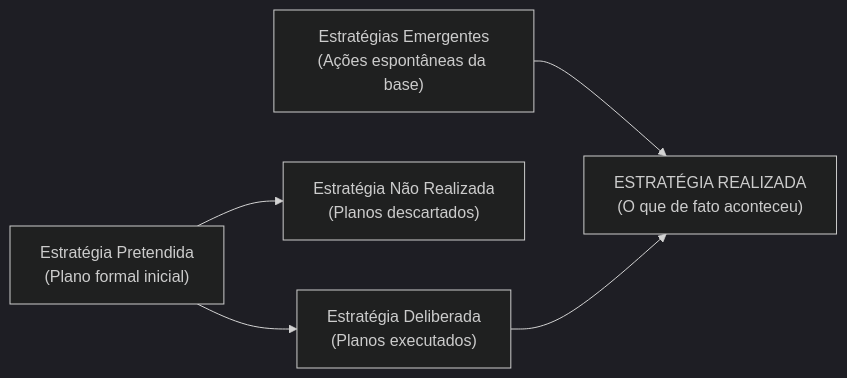
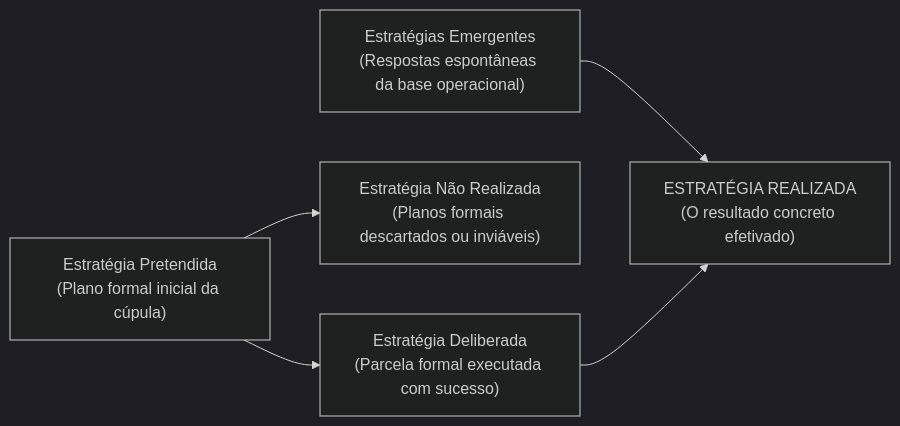
The third of 4 diagrams in fontes_de_estudo/conhecimentos_especificos_a01_tecnico_administrativo/23_administracao_estrategica/01_planejamento_estrategico_missao_visao_valores_e_escolas.md (thiagosantos346/TCE-GO-2027), drawn with Mermaid (dark theme) before and after one commit. The commit also changed other lines of this file and 119 other files, not shown here.

````diff
--- a/fontes_de_estudo/conhecimentos_especificos_a01_tecnico_administrativo/23_administracao_estrategica/01_planejamento_estrategico_missao_visao_valores_e_escolas.md
+++ b/fontes_de_estudo/conhecimentos_especificos_a01_tecnico_administrativo/23_administracao_estrategica/01_planejamento_estrategico_missao_visao_valores_e_escolas.md
@@ -110,8 +104,8 @@
 ```mermaid
 flowchart LR
-    EP["Estratégia Pretendida<br/>(Plano formal inicial)"] --> ED["Estratégia Deliberada<br/>(Planos executados)"]
-    EP --> ENR["Estratégia Não Realizada<br/>(Planos descartados)"]
+    EP["Estratégia Pretendida<br/>(Plano formal inicial da cúpula)"] --> ED["Estratégia Deliberada<br/>(Parcela formal executada com sucesso)"]
+    EP --> ENR["Estratégia Não Realizada<br/>(Planos formais descartados ou inviáveis)"]
     
-    EE["Estratégias Emergentes<br/>(Ações espontâneas da base)"] --> ER["ESTRATÉGIA REALIZADA<br/>(O que de fato aconteceu)"]
+    EE["Estratégias Emergentes<br/>(Respostas espontâneas da base operacional)"] --> ER["ESTRATÉGIA REALIZADA<br/>(O resultado concreto efetivado)"]
     ED --> ER
 ```
````
